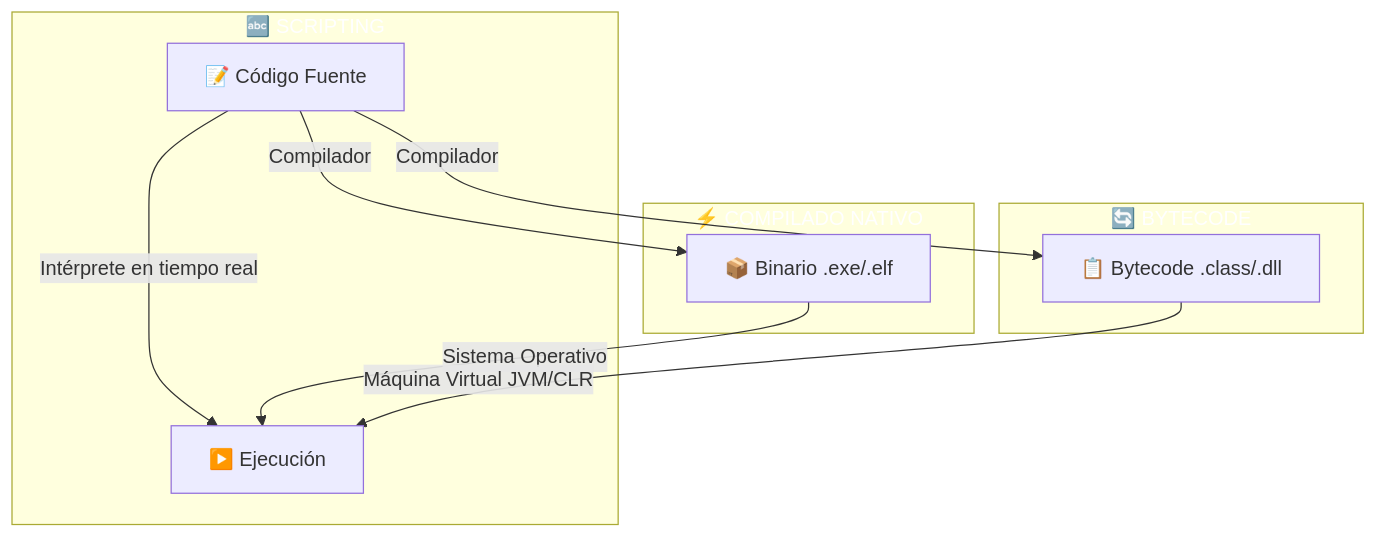
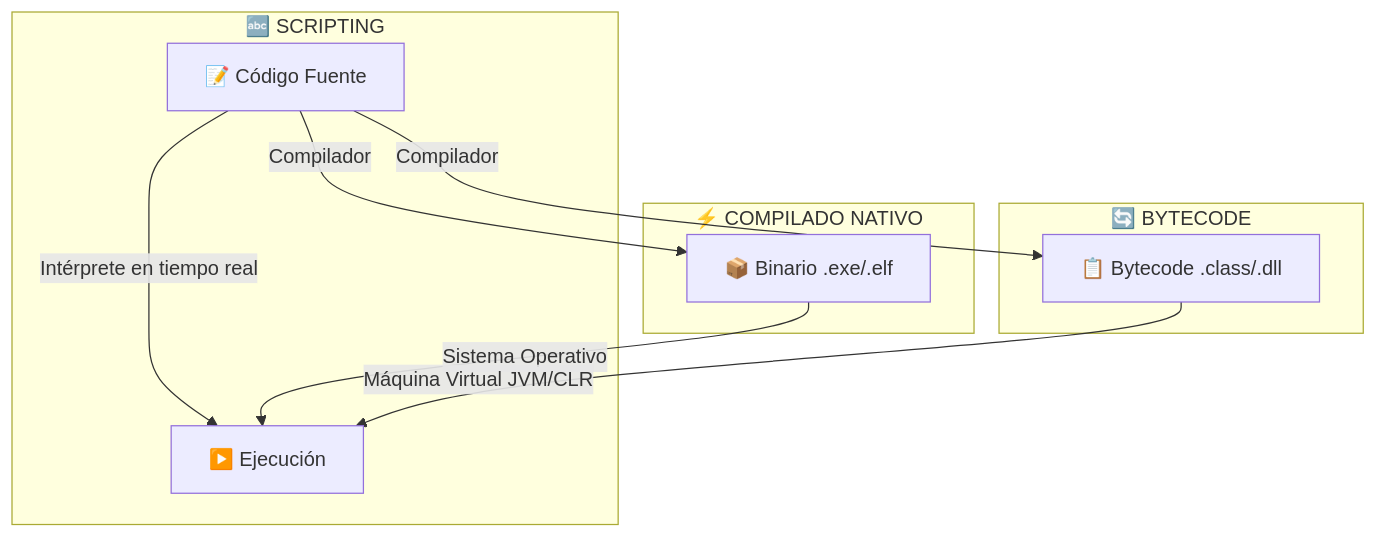
Before and after one commit to joseluisgs/DesarrolloWebEntornosServidor-01-2026-2027: the first of 2 diagrams in 07-lenguajes-frameworks.md, drawn with Mermaid. The commit also changed other lines of this file and 15 other files, not shown here.

Commit message:
docs: quitar el relleno a los subgraf de los diagramas y corregir comillas y rayas sueltas

````diff
--- a/07-lenguajes-frameworks.md
+++ b/07-lenguajes-frameworks.md
@@ -34,22 +34,19 @@
 ```mermaid
 graph TD
     A["📝 Código Fuente"]
 
     subgraph SCRIPTING["🔤 SCRIPTING"]
         A -->|"Intérprete en tiempo real"| B["▶️ Ejecución"]
     end
 
     subgraph COMPILADO["⚡ COMPILADO NATIVO"]
         A -->|"Compilador"| C["📦 Binario .exe/.elf"]
         C -->|"Sistema Operativo"| B
     end
 
     subgraph BYTECODE["🔄 BYTECODE"]
         A -->|"Compilador"| D["📋 Bytecode .class/.dll"]
         D -->|"Máquina Virtual JVM/CLR"| B
     end
 
-    style SCRIPTING fill:#2196F,color:#fff3,color:#fff
-    style COMPILADO fill:#f4433,color:#fff6,color:#fff
-    style BYTECODE fill:#4CAF5,color:#fff0,color:#fff
 ```
````
